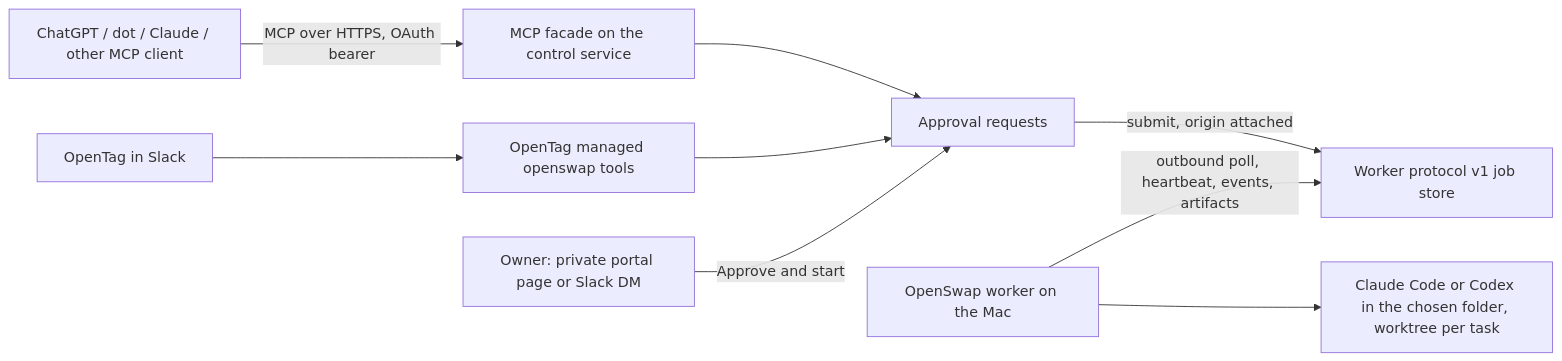
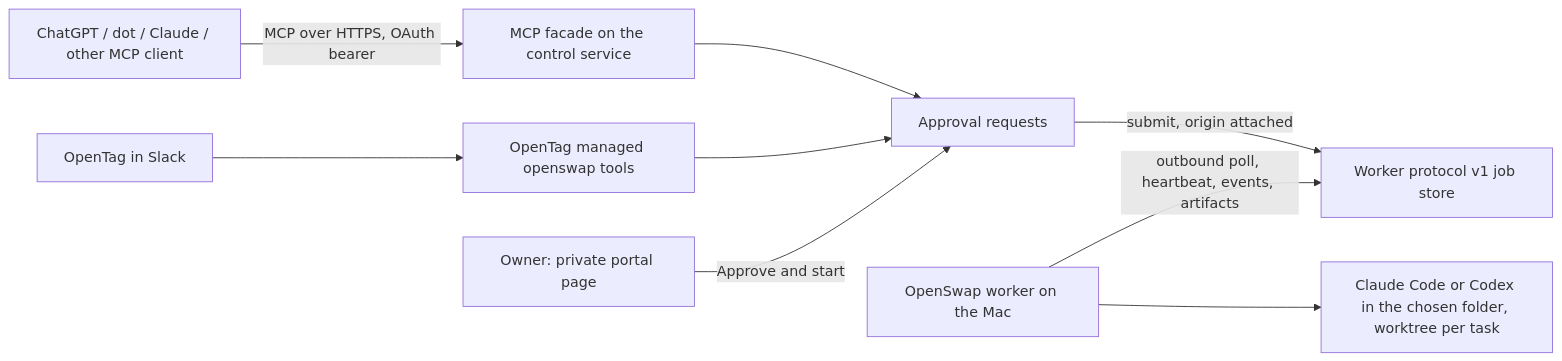
Before and after one commit to mar3co/openswap: the diagram in plans/018-remote-mcp-connector.md, drawn with Mermaid. The commit also changed other lines of this file, not shown here.

````diff
--- a/plans/018-remote-mcp-connector.md
+++ b/plans/018-remote-mcp-connector.md
@@ -65,11 +65,11 @@
 ```mermaid
 flowchart LR
   A[ChatGPT / dot / Claude / other MCP client] -->|MCP over HTTPS, OAuth bearer| F[MCP facade on the control service]
   S[OpenTag in Slack] --> F2[OpenTag managed openswap tools]
   F --> Q[Approval requests]
   F2 --> Q
-  O[Owner: private portal page or Slack DM] -->|Approve and start| Q
+  O[Owner: private portal page] -->|Approve and start| Q
   Q -->|submit, origin attached| J[Worker protocol v1 job store]
   W[OpenSwap worker on the Mac] -->|outbound poll, heartbeat, events, artifacts| J
   W --> P[Claude Code or Codex in the chosen folder, worktree per task]
 ```
````
